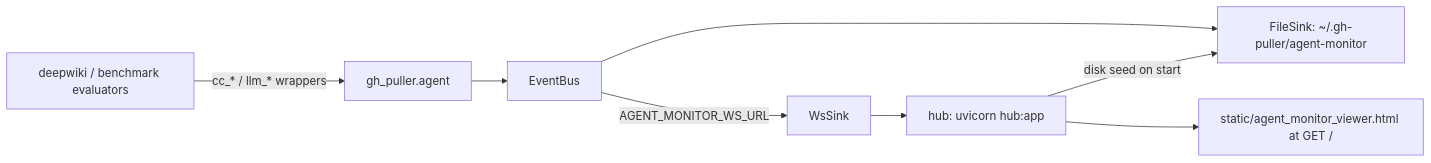
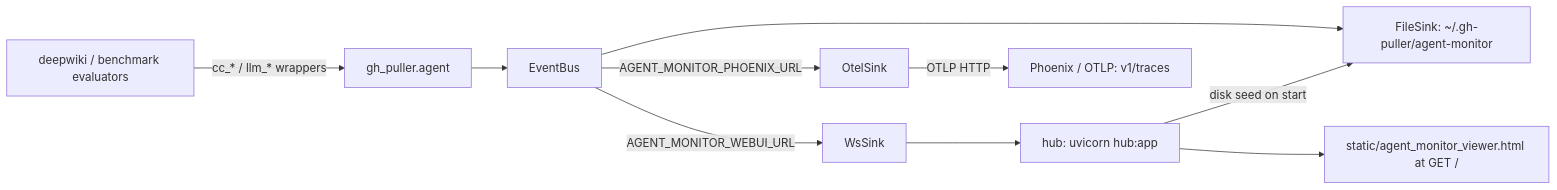
One commit to Delva0/gh-puller changed the first of 2 diagrams in docs/agent-monitor.md. Above: the diagram before and after it, drawn with Mermaid. The commit also changed other lines of this file and 12 other files, not shown here.

First line of the commit message:
feat(agent): 监控 sink 自动启用与多实例化(Phoenix/WebUI 默认连接 + deepwiki dotenv)

````diff
--- a/docs/agent-monitor.md
+++ b/docs/agent-monitor.md
@@ -26,10 +26,12 @@
 ```mermaid
 graph LR
     A[deepwiki / benchmark evaluators] -->|cc_* / llm_* wrappers| B[gh_puller.agent]
     B --> C[EventBus]
     C --> D[FileSink: ~/.gh-puller/agent-monitor]
-    C -->|AGENT_MONITOR_WS_URL| E[WsSink]
+    C -->|AGENT_MONITOR_WEBUI_URL| E[WsSink]
     E --> F[hub: uvicorn hub:app]
     F --> G[static/agent_monitor_viewer.html at GET /]
     F -->|disk seed on start| D
+    C -->|AGENT_MONITOR_PHOENIX_URL| H[OtelSink]
+    H -->|OTLP HTTP| I[Phoenix / OTLP: v1/traces]
 ```
````
